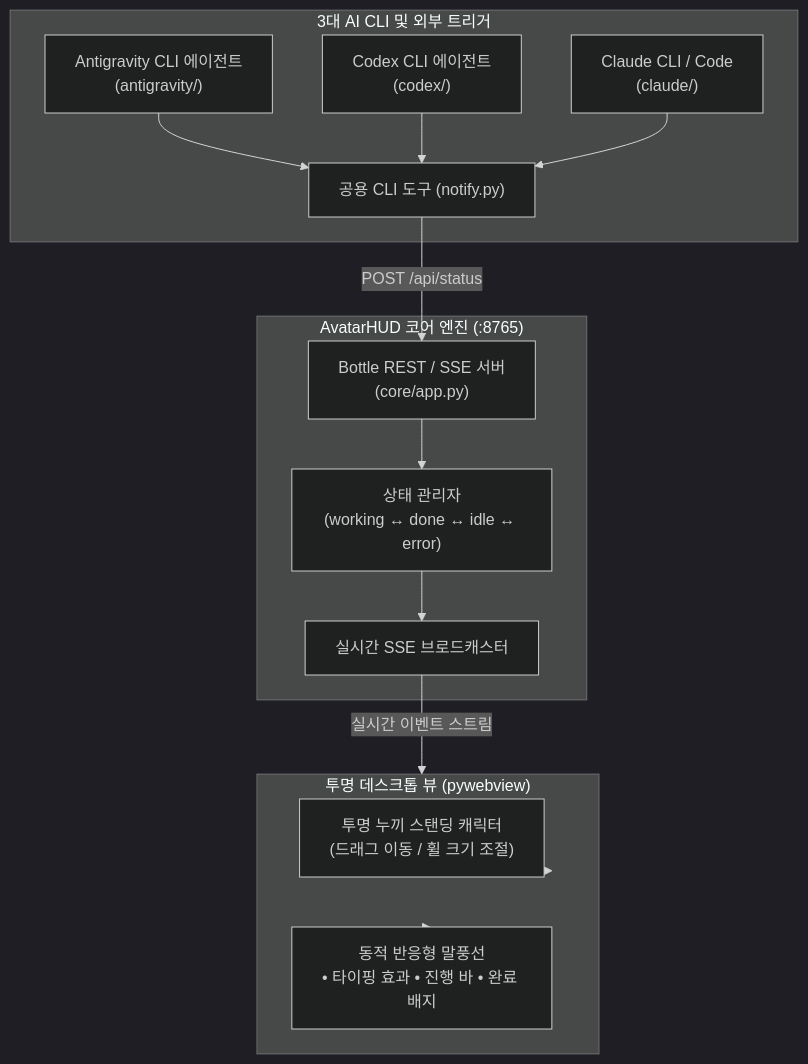
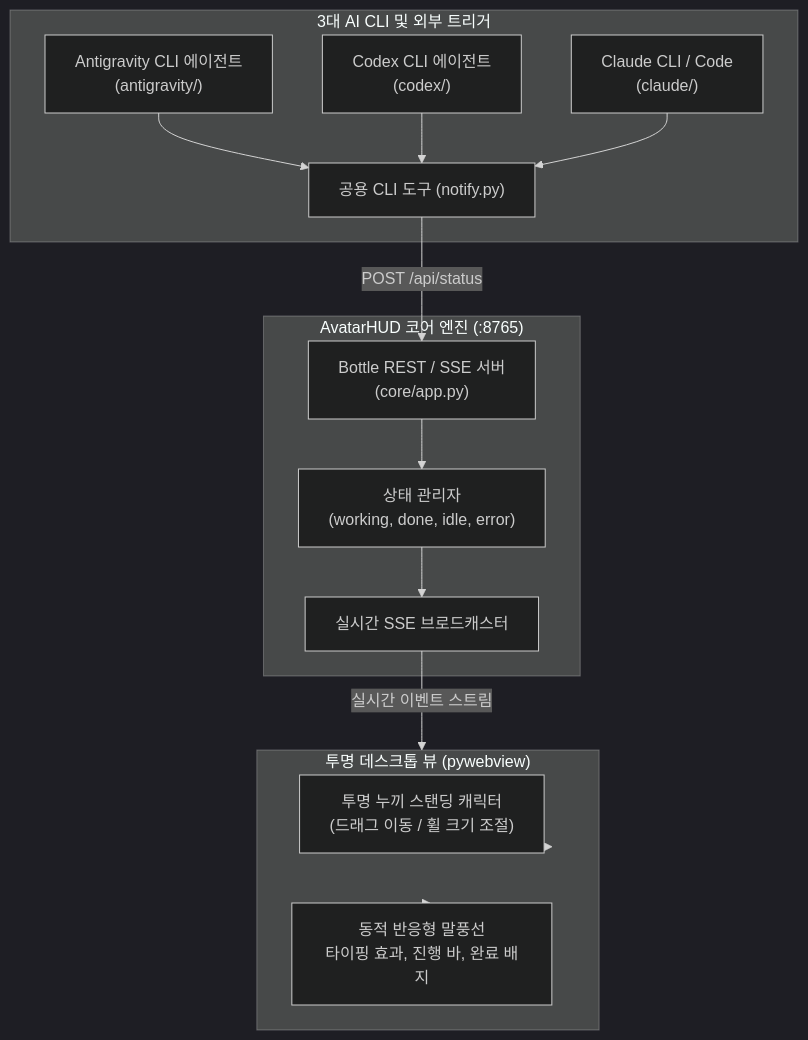
One commit to dotori-007/avatar_hud changed the diagram in README.md. Above: the diagram before and after it, drawn with Mermaid (dark theme). The commit also changed other lines of this file and 9 other files, not shown here.

````diff
--- a/README.md
+++ b/README.md
@@ -30,30 +30,30 @@
 ```mermaid
 flowchart TD
     subgraph Clients["3대 AI CLI 및 외부 트리거"]
         AG["Antigravity CLI 에이전트<br/>(antigravity/)"]
         CX["Codex CLI 에이전트<br/>(codex/)"]
         CL["Claude CLI / Code<br/>(claude/)"]
         CLI["공용 CLI 도구 (notify.py)"]
     end
 
     subgraph CoreEngine["AvatarHUD 코어 엔진 (:8765)"]
         Server["Bottle REST / SSE 서버<br/>(core/app.py)"]
-        State["상태 관리자<br/>(working ↔ done ↔ idle ↔ error)"]
+        State["상태 관리자<br/>(working, done, idle, error)"]
         Stream["실시간 SSE 브로드캐스터"]
     end
 
     subgraph Overlay["투명 데스크톱 뷰 (pywebview)"]
         Standing["투명 누끼 스탠딩 캐릭터<br/>(드래그 이동 / 휠 크기 조절)"]
-        Bubble["동적 반응형 말풍선<br/>• 타이핑 효과 • 진행 바 • 완료 배지"]
+        Bubble["동적 반응형 말풍선<br/>타이핑 효과, 진행 바, 완료 배지"]
     end
 
     AG --> CLI
     CX --> CLI
     CL --> CLI
     CLI -->|POST /api/status| Server
     Server --> State
     State --> Stream
     Stream -->|실시간 이벤트 스트림| Overlay
     Overlay --> Standing
     Overlay --> Bubble
 ```
````
